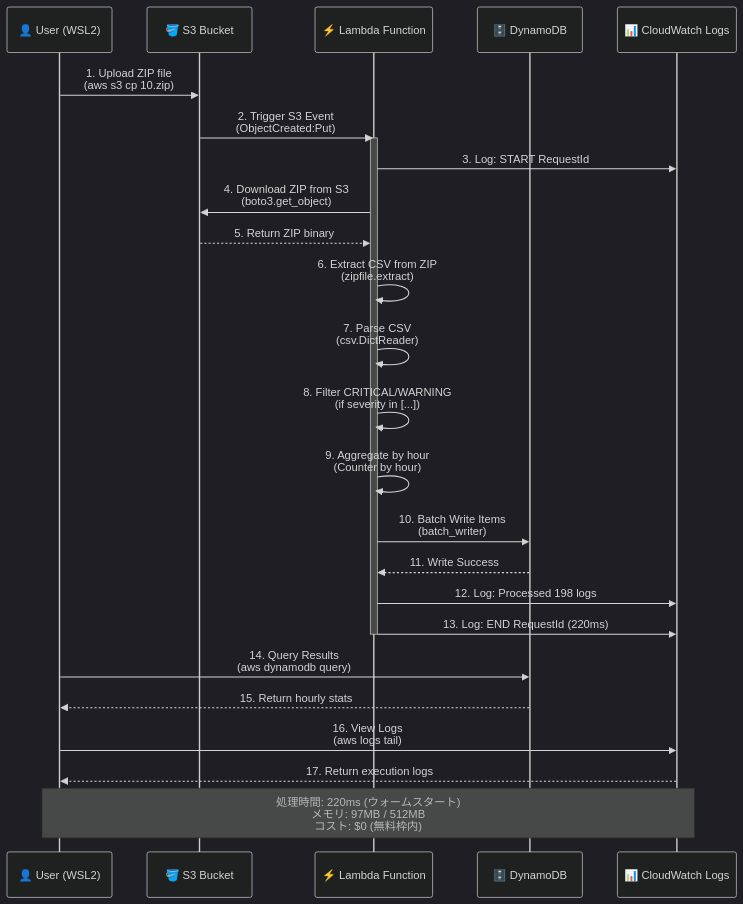
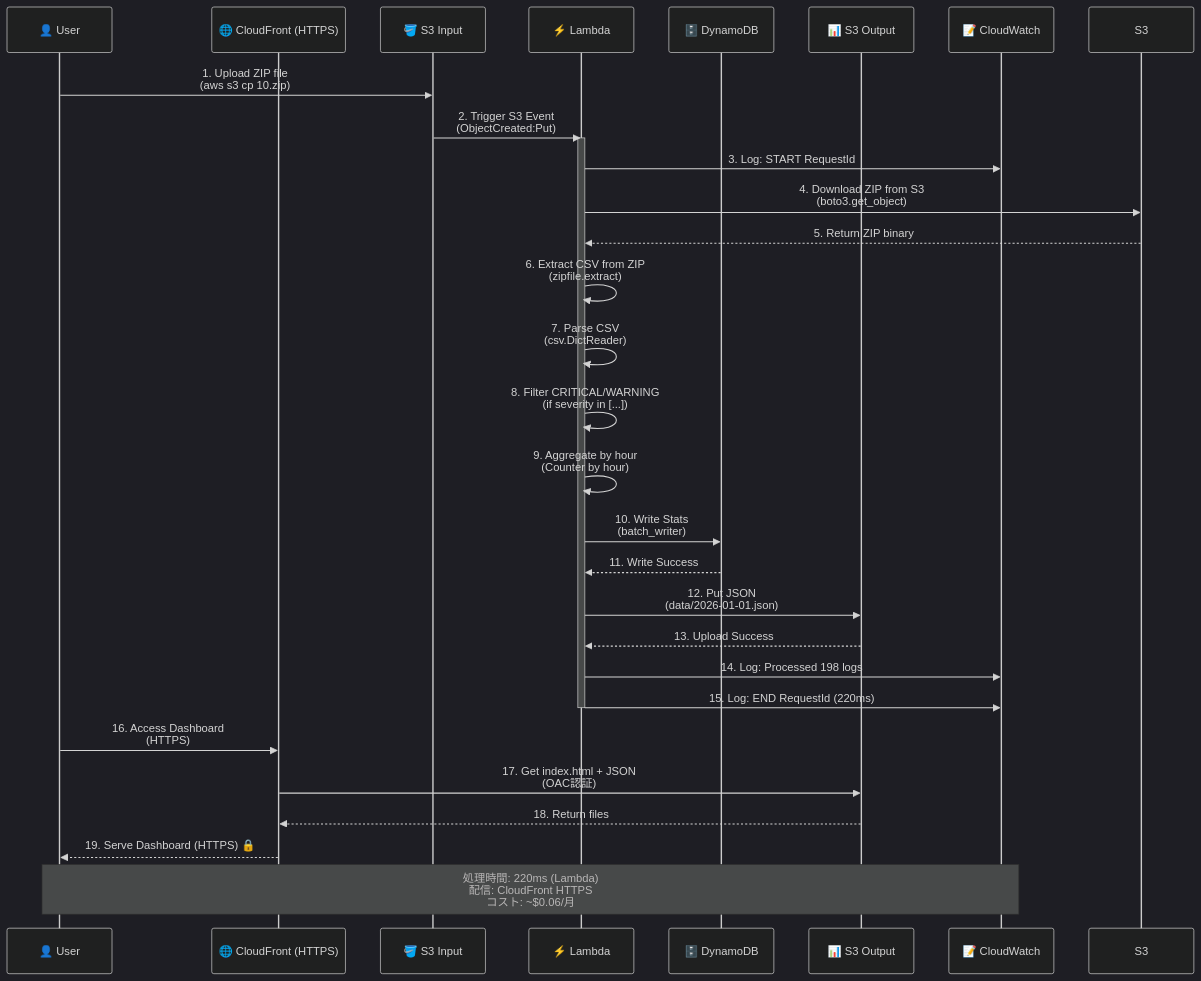
One commit to Sohey-k/syslog-analytics-serverless changed the diagram in README.md. Above: the diagram before and after it, drawn with Mermaid (dark theme). The commit also changed other lines of this file and 7 other files, not shown here.

First line of the commit message:
Add CloudFront HTTPS distribution with OAC (Phase 2)

````diff
--- a/README.md
+++ b/README.md
@@ -1014,36 +1044,40 @@
 ```mermaid
 sequenceDiagram
-    participant User as 👤 User (WSL2)
-    participant S3 as 🪣 S3 Bucket
-    participant Lambda as ⚡ Lambda Function
+    participant User as 👤 User
+    participant CloudFront as 🌐 CloudFront (HTTPS)
+    participant S3Input as 🪣 S3 Input
+    participant Lambda as ⚡ Lambda
     participant DynamoDB as 🗄️ DynamoDB
-    participant CloudWatch as 📊 CloudWatch Logs
+    participant S3Output as 📊 S3 Output
+    participant CloudWatch as 📝 CloudWatch
 
-    User->>S3: 1. Upload ZIP file<br/>(aws s3 cp 10.zip)
-    S3->>Lambda: 2. Trigger S3 Event<br/>(ObjectCreated:Put)
+    User->>S3Input: 1. Upload ZIP file<br/>(aws s3 cp 10.zip)
+    S3Input->>Lambda: 2. Trigger S3 Event<br/>(ObjectCreated:Put)
     
     activate Lambda
     Lambda->>CloudWatch: 3. Log: START RequestId
     Lambda->>S3: 4. Download ZIP from S3<br/>(boto3.get_object)
     S3-->>Lambda: 5. Return ZIP binary
     
     Lambda->>Lambda: 6. Extract CSV from ZIP<br/>(zipfile.extract)
     Lambda->>Lambda: 7. Parse CSV<br/>(csv.DictReader)
     Lambda->>Lambda: 8. Filter CRITICAL/WARNING<br/>(if severity in [...])
     Lambda->>Lambda: 9. Aggregate by hour<br/>(Counter by hour)
     
-    Lambda->>DynamoDB: 10. Batch Write Items<br/>(batch_writer)
+    Lambda->>DynamoDB: 10. Write Stats<br/>(batch_writer)
     DynamoDB-->>Lambda: 11. Write Success
     
-    Lambda->>CloudWatch: 12. Log: Processed 198 logs
-    Lambda->>CloudWatch: 13. Log: END RequestId (220ms)
+    Lambda->>S3Output: 12. Put JSON<br/>(data/2026-01-01.json)
+    S3Output-->>Lambda: 13. Upload Success
+    
+    Lambda->>CloudWatch: 14. Log: Processed 198 logs
+    Lambda->>CloudWatch: 15. Log: END RequestId (220ms)
     deactivate Lambda
     
-    User->>DynamoDB: 14. Query Results<br/>(aws dynamodb query)
-    DynamoDB-->>User: 15. Return hourly stats
-    
-    User->>CloudWatch: 16. View Logs<br/>(aws logs tail)
-    CloudWatch-->>User: 17. Return execution logs
+    User->>CloudFront: 16. Access Dashboard<br/>(HTTPS)
+    CloudFront->>S3Output: 17. Get index.html + JSON<br/>(OAC認証)
+    S3Output-->>CloudFront: 18. Return files
+    CloudFront-->>User: 19. Serve Dashboard (HTTPS) 🔒
 
-    Note over User,CloudWatch: 処理時間: 220ms (ウォームスタート)<br/>メモリ: 97MB / 512MB<br/>コスト: $0 (無料枠内)
+    Note over User,CloudWatch: 処理時間: 220ms (Lambda)<br/>配信: CloudFront HTTPS<br/>コスト: ~$0.06/月
 ```
````
